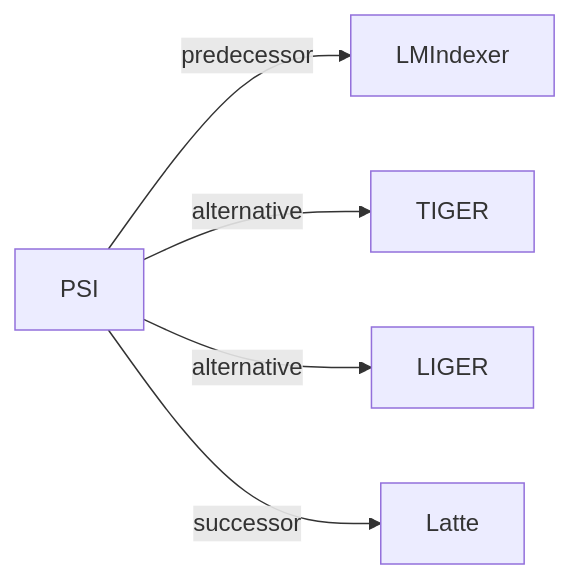
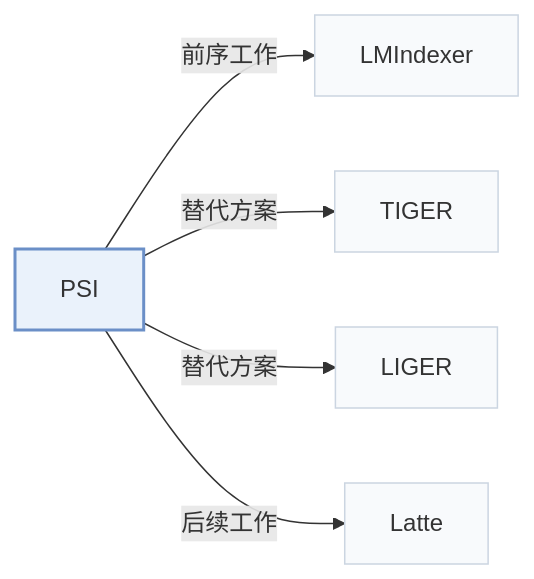
Before and after one commit to Galaxy-ghost/Awesome-SID-Generative-Rec: the second of 2 diagrams in pages/zh/papers/psi.md, drawn with Mermaid. The commit also changed other lines of this file and 649 other files, not shown here.

Commit message:
writer-05: also tags and modality index (schema, check, build, visuals); summary field removed; calibration data for 12 papers

````diff
--- a/pages/zh/papers/psi.md
+++ b/pages/zh/papers/psi.md
@@ -67,8 +74,12 @@
 ```mermaid
 flowchart LR
     P["PSI"]
-    P -->|predecessor| A["LMIndexer"]
-    P -->|alternative| B["TIGER"]
-    P -->|alternative| C["LIGER"]
-    P -->|successor| D["Latte"]
+    P -->|"前序工作"| A["LMIndexer"]
+    P -->|"替代方案"| B["TIGER"]
+    P -->|"替代方案"| C["LIGER"]
+    P -->|"后续工作"| D["Latte"]
+    classDef main fill:#eaf2fb,stroke:#6b8fc7,stroke-width:2px
+    classDef peer fill:#f8fafc,stroke:#cbd5e1
+    class P main
+    class A,B,C,D peer
 ```
````
